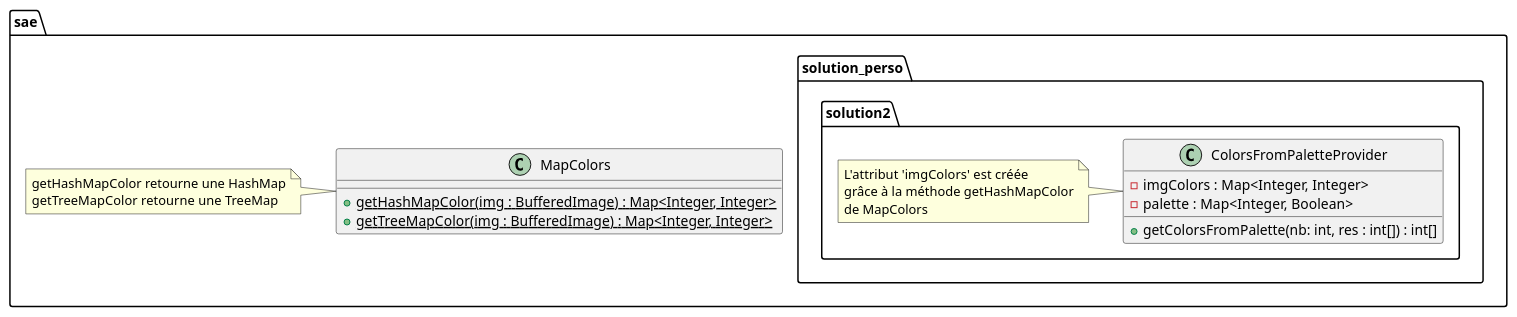
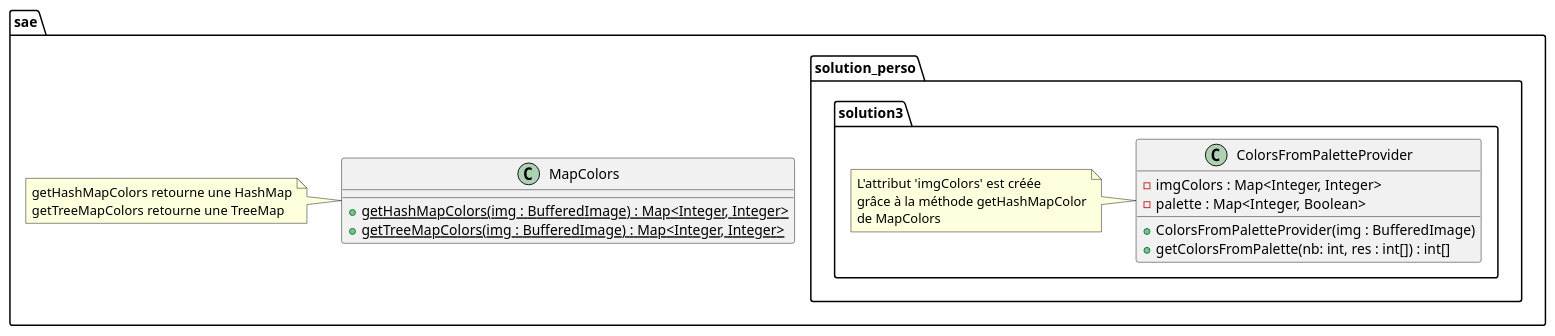
One commit to TanguyFox/SAE_Projet_IA changed the diagram in src/sae/solution_perso/solution3/diagClassSolution3.puml. Above: the diagram before and after it, drawn with PlantUML. The commit also changed 2 other files, not shown here.

Commit message:
PUML Diagramme

```diff
--- a/src/sae/solution_perso/solution3/diagClassSolution3.puml
+++ b/src/sae/solution_perso/solution3/diagClassSolution3.puml
@@ -1,37 +1,38 @@
 @startuml
 'https://plantuml.com/class-diagram
 
 package sae {
 
     class MapColors {
-        + {static} getHashMapColor(img : BufferedImage) : Map<Integer, Integer>
-        + {static} getTreeMapColor(img : BufferedImage) : Map<Integer, Integer>
+        + {static} getHashMapColors(img : BufferedImage) : Map<Integer, Integer>
+        + {static} getTreeMapColors(img : BufferedImage) : Map<Integer, Integer>
     }
 
     note left{
-        getHashMapColor retourne une HashMap
-        getTreeMapColor retourne une TreeMap
+        getHashMapColors retourne une HashMap
+        getTreeMapColors retourne une TreeMap
     }
 }
 
-    package sae.solution_perso.solution2{
+    package sae.solution_perso.solution3{
         class ColorsFromPaletteProvider {
             - imgColors : Map<Integer, Integer>
             - palette : Map<Integer, Boolean>
+            + ColorsFromPaletteProvider(img : BufferedImage)
             + getColorsFromPalette(nb: int, res : int[]) : int[]
         }
 
 
         note left {
            L'attribut 'imgColors' est créée
            grâce à la méthode getHashMapColor
            de MapColors
         }
     }
 }
 
 
 
 
 
 @enduml
```
